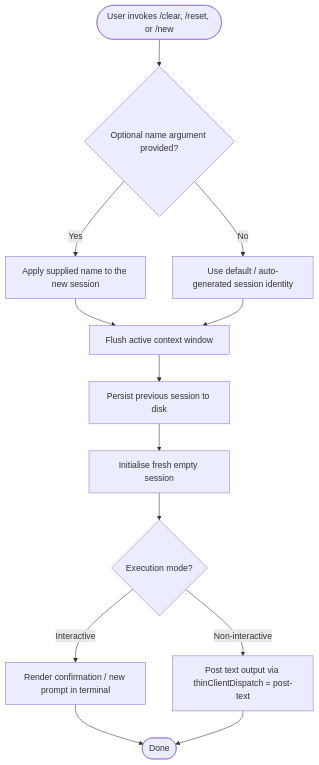
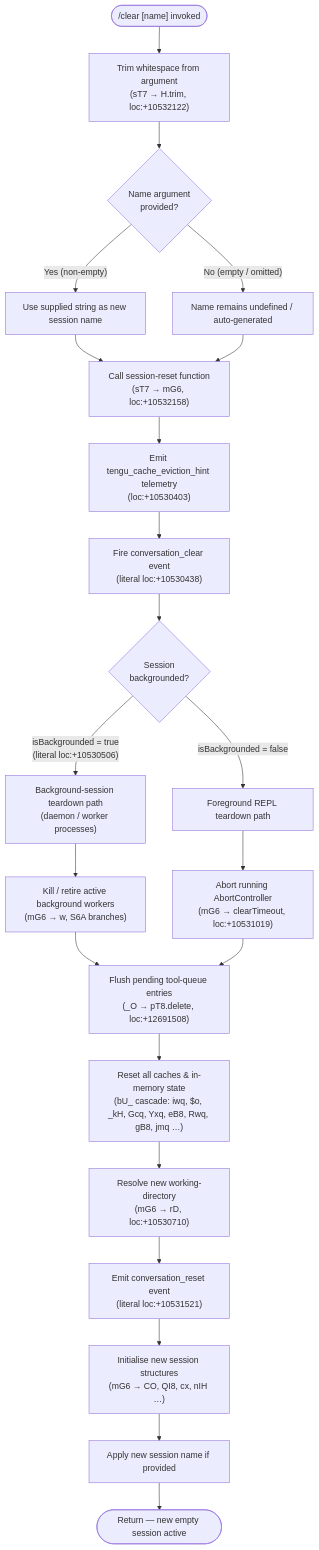
One commit to MyLittleLuckyDog/cc-gnothi changed the diagram in versions/v2.1.148/clear.md. Above: the diagram before and after it, drawn with Mermaid. The commit also changed other lines of this file and 496 other files, not shown here.

````diff
--- a/versions/v2.1.148/clear.md
+++ b/versions/v2.1.148/clear.md
@@ -50,15 +58,24 @@
 ```mermaid
 flowchart TD
-    A([User invokes /clear, /reset, or /new]) --> B{Optional name argument provided?}
-    B -- Yes --> C[Apply supplied name to the new session]
-    B -- No --> D[Use default / auto-generated session identity]
-    C --> E[Flush active context window]
-    D --> E
-    E --> F[Persist previous session to disk]
-    F --> G[Initialise fresh empty session]
-    G --> H{Execution mode?}
-    H -- Interactive --> I[Render confirmation / new prompt in terminal]
-    H -- Non-interactive --> J[Post text output via thinClientDispatch = post-text]
-    I --> K([Done])
-    J --> K
+    A(["/clear [name] invoked"]) --> B["Trim whitespace from argument\n(sT7 → H.trim, loc:+10532122)"]
+    B --> C{Name argument\nprovided?}
+    C -- "Yes (non-empty)" --> D["Use supplied string as new session name"]
+    C -- "No (empty / omitted)" --> E["Name remains undefined / auto-generated"]
+    D --> F["Call session-reset function\n(sT7 → mG6, loc:+10532158)"]
+    E --> F
+    F --> G["Emit tengu_cache_eviction_hint telemetry\n(loc:+10530403)"]
+    G --> H["Fire conversation_clear event\n(literal loc:+10530438)"]
+    H --> I{Session\nbackgrounded?}
+    I -- "isBackgrounded = true\n(literal loc:+10530506)" --> J["Background-session teardown path\n(daemon / worker processes)"]
+    I -- "isBackgrounded = false" --> K["Foreground REPL teardown path"]
+    J --> L["Kill / retire active background workers\n(mG6 → w, S6A branches)"]
+    K --> M["Abort running AbortController\n(mG6 → clearTimeout, loc:+10531019)"]
+    L --> N["Flush pending tool-queue entries\n(_O → pT8.delete, loc:+12691508)"]
+    M --> N
+    N --> O["Reset all caches & in-memory state\n(bU_ cascade: iwq, $o, _kH, Gcq, Yxq, eB8, Rwq, gB8, jmq …)"]
+    O --> P["Resolve new working-directory\n(mG6 → rD, loc:+10530710)"]
+    P --> Q["Emit conversation_reset event\n(literal loc:+10531521)"]
+    Q --> R["Initialise new session structures\n(mG6 → CO, QI8, cx, nIH …)"]
+    R --> S["Apply new session name if provided"]
+    S --> T(["Return — new empty session active"])
 ```
````
